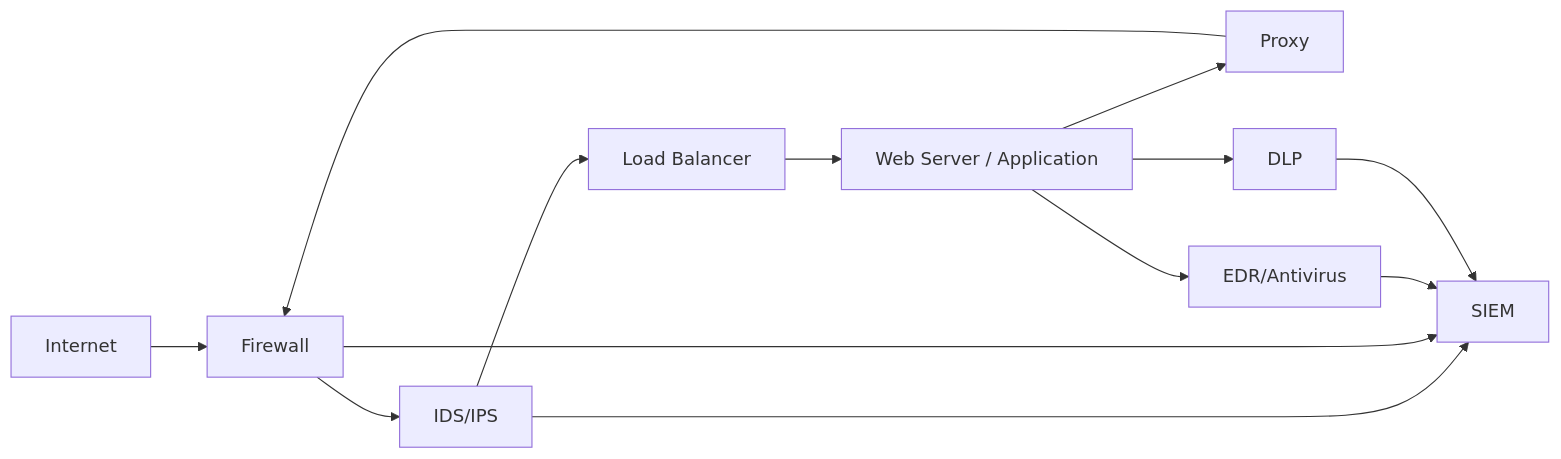
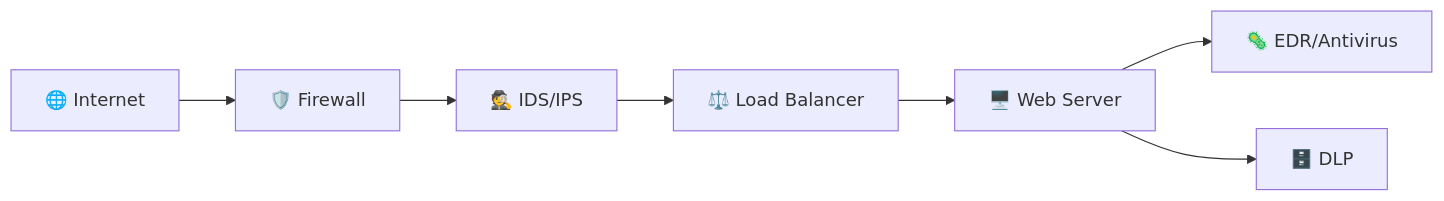
One commit to Cyber-Security-Center/SOC-30Days-Series changed the first of 2 diagrams in Day4_Networking_Security_Concepts_and_IP_Addressing.md. Above: the diagram before and after it, drawn with Mermaid. The commit also changed other lines of this file and 2 other files, not shown here.

````diff
--- a/Day4_Networking_Security_Concepts_and_IP_Addressing.md
+++ b/Day4_Networking_Security_Concepts_and_IP_Addressing.md
@@ -445,28 +507,17 @@
 ```mermaid
 flowchart LR
-    Internet[Internet]
-    FW[Firewall]
-    IDS[IDS/IPS]
-    LB[Load Balancer]
-    Web[Web Server / Application]
-    Proxy[Proxy]
-    SIEM[SIEM]
-    EDR[EDR/Antivirus]
-    DLP[DLP]
+    Internet["🌐 Internet"]
+    FW["🛡️ Firewall"]
+    IDS["🕵️ IDS/IPS"]
+    LB["⚖️ Load Balancer"]
+    Web["🖥️ Web Server"]
+    EDR["🦠 EDR/Antivirus"]
+    DLP["🗄️ DLP"]
 
     Internet --> FW
     FW --> IDS
     IDS --> LB
     LB --> Web
     Web --> EDR
-
-    Web --> Proxy
-    Proxy --> FW
-
-    IDS --> SIEM
-    FW --> SIEM
-    EDR --> SIEM
-    DLP --> SIEM
-
     Web --> DLP
 ```
````
